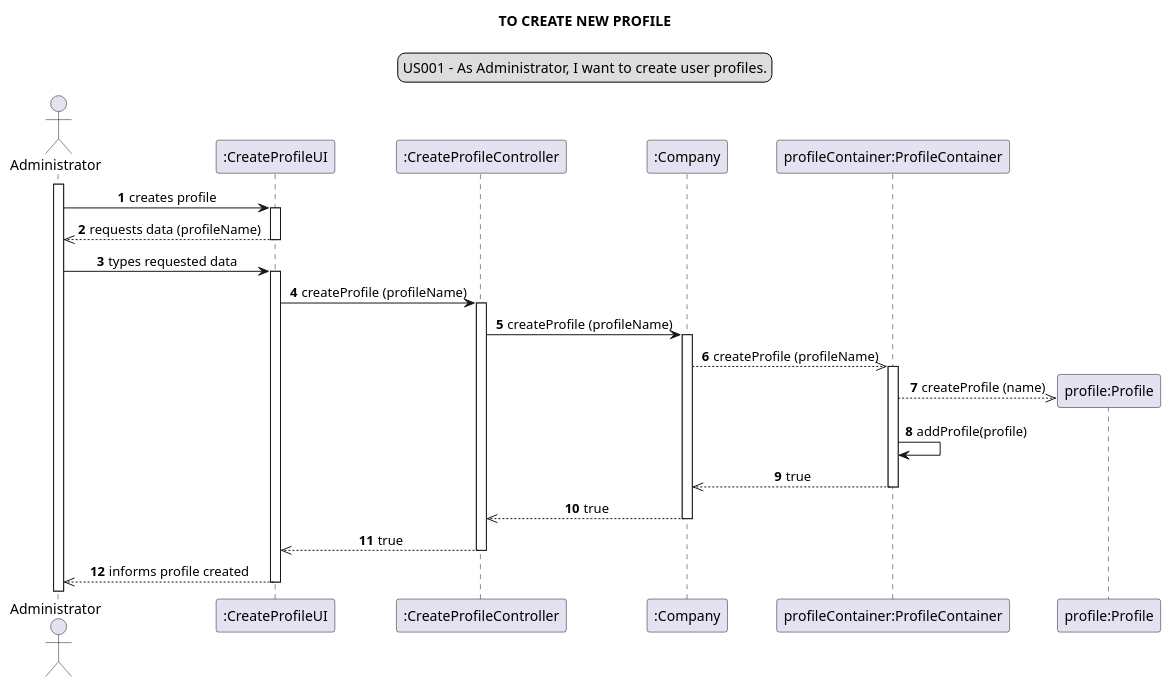
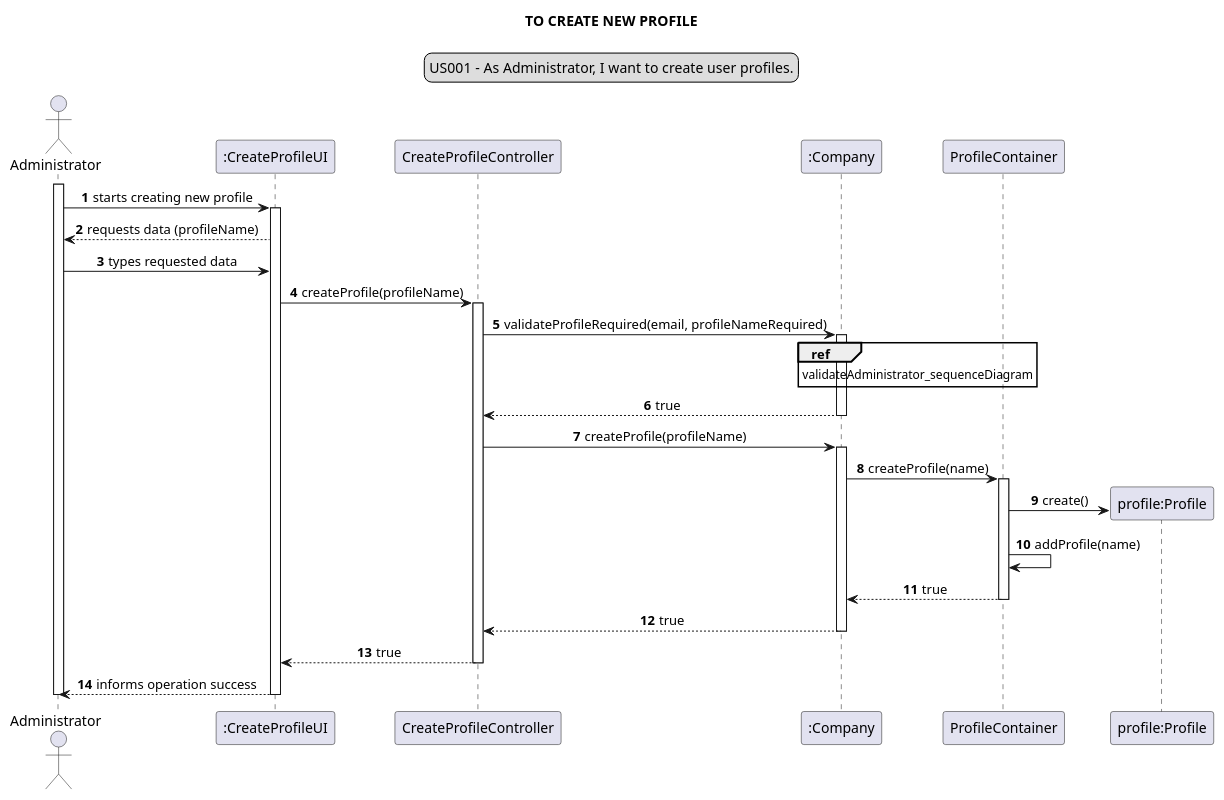
The diagram in docs/modelling_design/user_stories/sprint01/us001/US001_sequenceDiagram.puml (Loracline/project_switch_22-23), drawn with PlantUML before and after one commit. The commit also changed 4 other files, not shown here.

Commit message:
US001,US002, US007, US008, US009 : Design : refinement of Sequence Diagram

```diff
--- a/docs/modelling_design/user_stories/sprint01/us001/US001_sequenceDiagram.puml
+++ b/docs/modelling_design/user_stories/sprint01/us001/US001_sequenceDiagram.puml
@@ -1,48 +1,48 @@
 @startuml
 
 skinparam sequenceMessageAlign center
 title TO CREATE NEW PROFILE
 legend top
 US001 - As Administrator, I want to create user profiles.
 end legend
 autonumber
-actor Administrator
-participant ":CreateProfileUI" as cpui
-participant ":CreateProfileController" as cpc
-participant ":Company" as Company
-participant "profileContainer:ProfileContainer" as ProfileContainer
-participant "profile:Profile" as Profile
-activate Administrator
-Administrator -> cpui: creates profile
-activate cpui
-cpui -->> Administrator: requests data (profileName)
-deactivate cpui
-Administrator -> cpui: types requested data
-activate cpui
-cpui -> cpc: createProfile (profileName)
-activate cpc
-cpc -> Company: createProfile (profileName)
-activate Company
 
 
-Company -->> ProfileContainer: createProfile (profileName)
-activate ProfileContainer
+actor Administrator as a
+participant ":CreateProfileUI" as ui
+participant "CreateProfileController" as ct
+participant ":Company" as c
+participant "ProfileContainer" as cn
+participant "profile:Profile" as p
 
 
-create Profile
-ProfileContainer -->> Profile: createProfile (name)
+activate a
+a -> ui: starts creating new profile
+activate ui
+ui --> a: requests data (profileName)
+a -> ui: types requested data
+ui -> ct: createProfile(profileName)
+activate ct
+ct -> c: validateProfileRequired(email, profileNameRequired)
+activate c
+ref over c: validateAdministrator_sequenceDiagram
+c --> ct: true
+deactivate c
+ct -> c: createProfile(profileName)
+activate c
+c -> cn: createProfile(name)
+activate cn
+create p
+cn -> p: create()
+cn -> cn: addProfile(name)
+cn --> c: true
+deactivate cn
+c --> ct: true
+deactivate c
+ct --> ui: true
+deactivate ct
+ui --> a: informs operation success
+deactivate ui
 
-ProfileContainer -> ProfileContainer: addProfile(profile)
-ProfileContainer -->> Company: true
-deactivate ProfileContainer
-
-Company -->> cpc: true
-deactivate ProfileContainer
-deactivate Company
-cpc -->> cpui: true
-deactivate cpc
-cpui -->> Administrator: informs profile created
-deactivate cpui
-
-
+deactivate a
 @enduml
```
